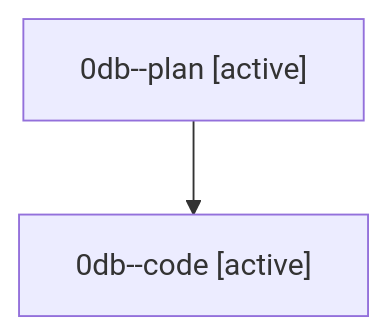
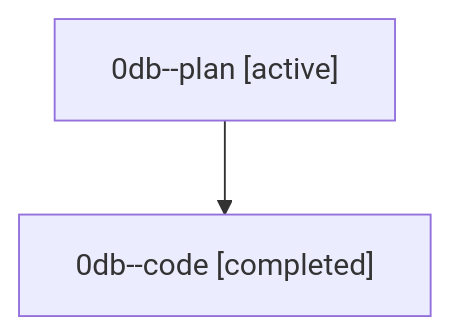
Before and after one commit to sase-org/sase--agents: the diagram in families/bbugyi200.athena.0db.md, drawn with Mermaid. The commit also changed other lines of this file and 35830 other files, not shown here.

````diff
--- a/families/bbugyi200.athena.0db.md
+++ b/families/bbugyi200.athena.0db.md
@@ -9,6 +9,6 @@
 ```mermaid
 flowchart TD
   n0["0db--plan [active]"]
-  n1["0db--code [active]"]
+  n1["0db--code [completed]"]
   n0 --> n1
 ```
````
